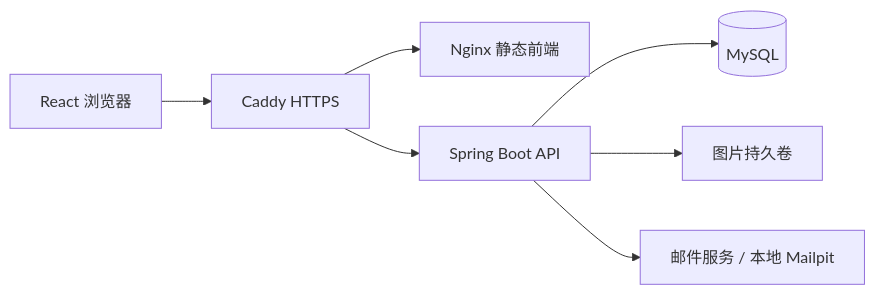
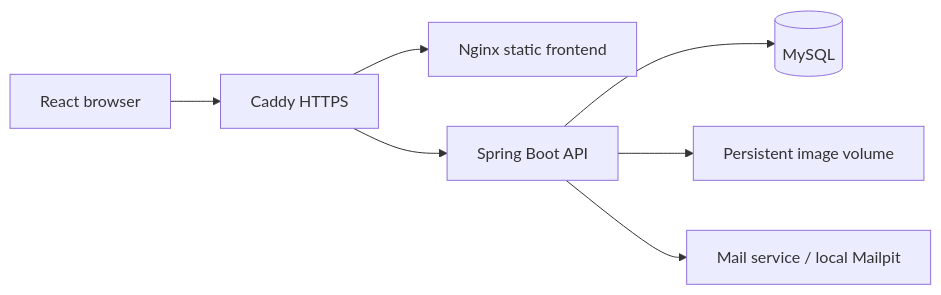
One commit to RedBone12/DUCART changed the first of 2 diagrams in docs/architecture.md. Above: the diagram before and after it, drawn with Mermaid. The commit also changed other lines of this file and 28 other files, not shown here.

````diff
--- a/docs/architecture.md
+++ b/docs/architecture.md
@@ -7,9 +8,9 @@
 ```mermaid
 flowchart LR
-  Browser[React 浏览器] --> Gateway[Caddy HTTPS]
-  Gateway --> Static[Nginx 静态前端]
+  Browser[React browser] --> Gateway[Caddy HTTPS]
+  Gateway --> Static[Nginx static frontend]
   Gateway --> API[Spring Boot API]
   API --> DB[(MySQL)]
-  API --> Uploads[图片持久卷]
-  API --> SMTP[邮件服务 / 本地 Mailpit]
+  API --> Uploads[Persistent image volume]
+  API --> SMTP[Mail service / local Mailpit]
 ```
````
